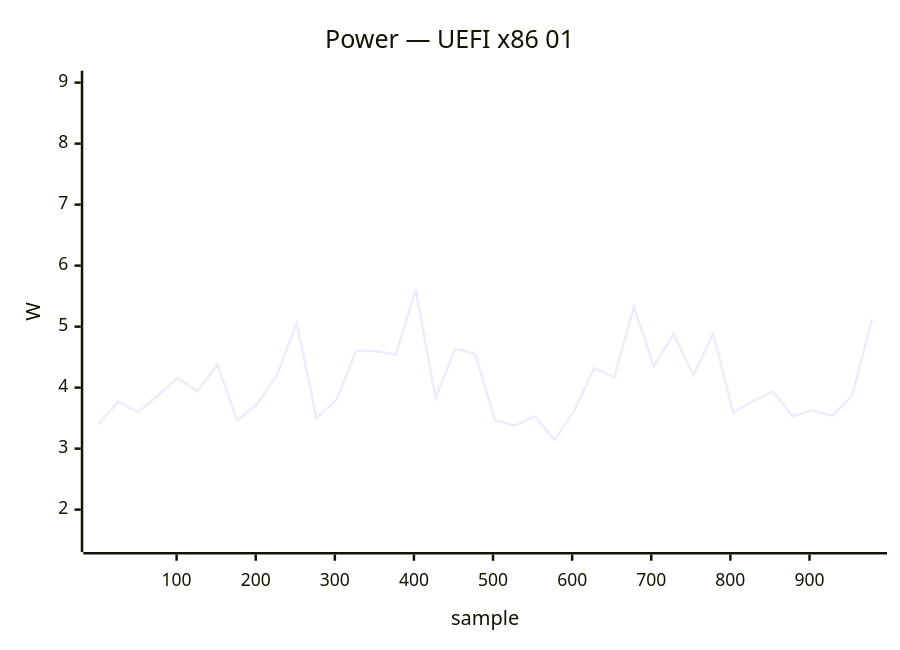
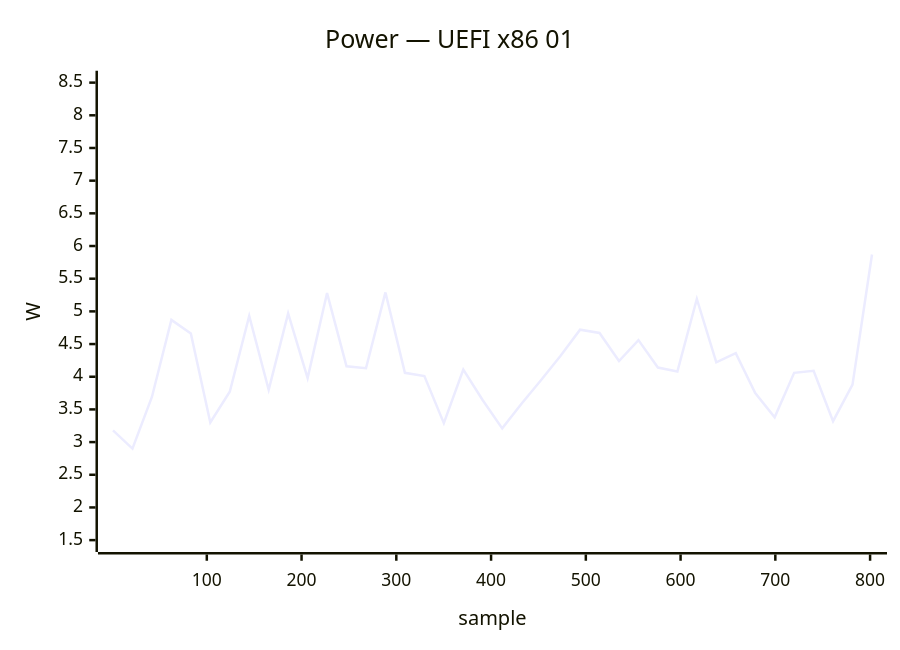
Before and after one commit to armbian/documentation: diagram 18 of 34 in docs/status/board-tests.md, drawn with Mermaid. The commit also changed other lines of this file, not shown here.

````diff
--- a/docs/status/board-tests.md
+++ b/docs/status/board-tests.md
@@ -889,7 +862,7 @@
 ```mermaid
 xychart-beta
     title "Power — UEFI x86 01"
-    x-axis "sample" 1 --> 979
-    y-axis "W" 1.5 --> 9.0
-    line [3.40, 3.77, 3.60, 3.87, 4.16, 3.94, 4.38, 3.46, 3.73, 4.20, 5.06, 3.50, 3.80, 4.60, 4.60, 4.54, 5.61, 3.83, 4.64, 4.55, 3.46, 3.38, 3.53, 3.14, 3.63, 4.32, 4.17, 5.32, 4.35, 4.88, 4.20, 4.89, 3.59, 3.78, 3.94, 3.53, 3.63, 3.54, 3.87, 5.12]
+    x-axis "sample" 1 --> 802
+    y-axis "W" 1.5 --> 8.5
+    line [3.18, 2.90, 3.69, 4.87, 4.66, 3.30, 3.77, 4.93, 3.80, 4.97, 3.98, 5.28, 4.16, 4.13, 5.29, 4.06, 4.01, 3.29, 4.11, 3.64, 3.21, 3.59, 3.95, 4.32, 4.72, 4.67, 4.24, 4.56, 4.14, 4.08, 5.19, 4.22, 4.36, 3.75, 3.38, 4.06, 4.09, 3.32, 3.88, 5.87]
 ```
````
